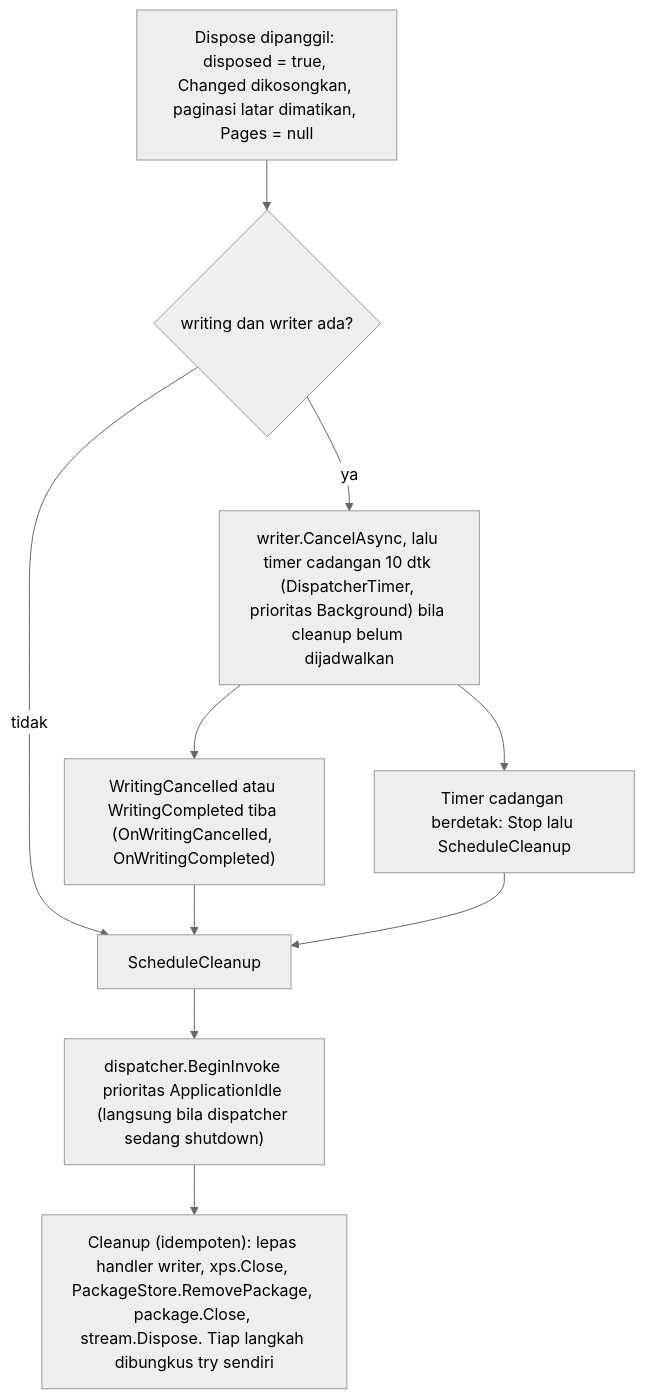
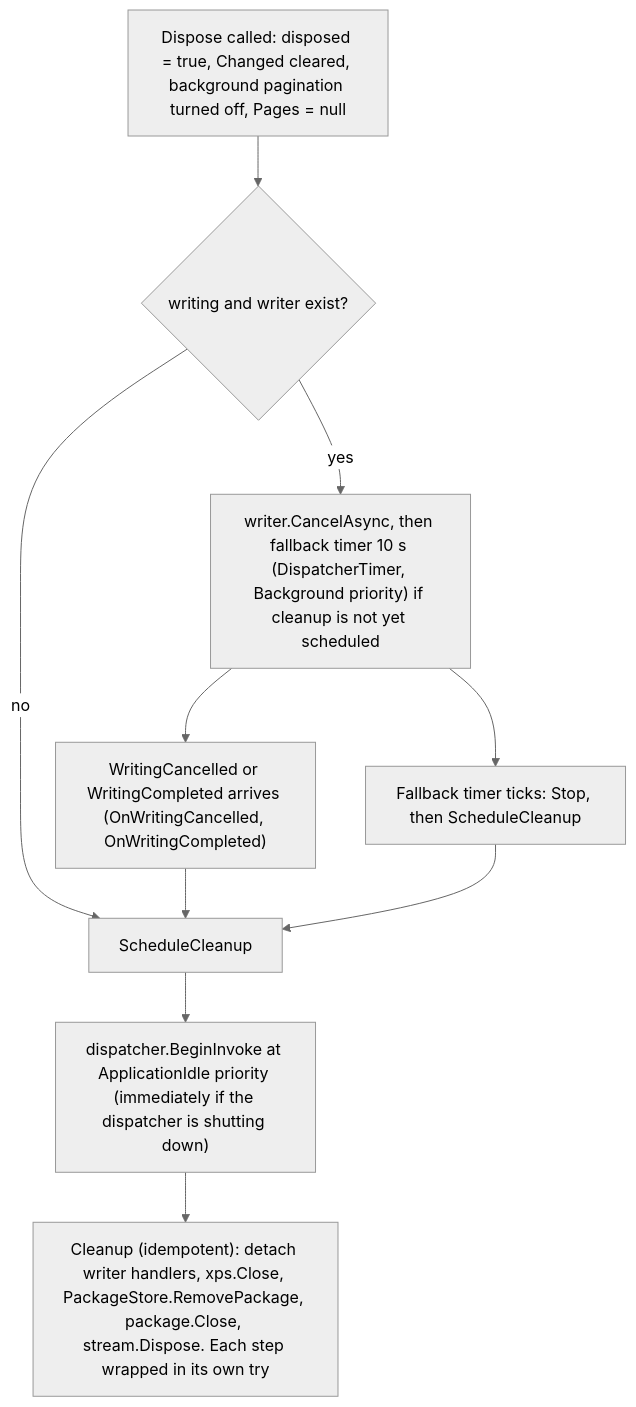
Diagram 11 of 14 in docs/ARCHITECTURE.md (hoaaah/Makdon), drawn with Mermaid (neutral theme) before and after one commit. The commit also changed other lines of this file and 8 other files, not shown here.

````diff
--- a/docs/ARCHITECTURE.md
+++ b/docs/ARCHITECTURE.md
@@ -606,12 +603,12 @@
 ```mermaid
 flowchart TD
-    D["Dispose dipanggil: disposed = true, Changed dikosongkan, paginasi latar dimatikan, Pages = null"] --> Q{"writing dan writer ada?"}
-    Q -- tidak --> SC["ScheduleCleanup"]
-    Q -- ya --> CA["writer.CancelAsync, lalu timer cadangan 10 dtk (DispatcherTimer, prioritas Background) bila cleanup belum dijadwalkan"]
-    CA --> WE["WritingCancelled atau WritingCompleted tiba (OnWritingCancelled, OnWritingCompleted)"]
-    CA --> TM["Timer cadangan berdetak: Stop lalu ScheduleCleanup"]
+    D["Dispose called: disposed = true, Changed cleared, background pagination turned off, Pages = null"] --> Q{"writing and writer exist?"}
+    Q -- no --> SC["ScheduleCleanup"]
+    Q -- yes --> CA["writer.CancelAsync, then fallback timer 10 s (DispatcherTimer, Background priority) if cleanup is not yet scheduled"]
+    CA --> WE["WritingCancelled or WritingCompleted arrives (OnWritingCancelled, OnWritingCompleted)"]
+    CA --> TM["Fallback timer ticks: Stop, then ScheduleCleanup"]
     WE --> SC
     TM --> SC
-    SC --> IDLE["dispatcher.BeginInvoke prioritas ApplicationIdle (langsung bila dispatcher sedang shutdown)"]
-    IDLE --> CU["Cleanup (idempoten): lepas handler writer, xps.Close, PackageStore.RemovePackage, package.Close, stream.Dispose. Tiap langkah dibungkus try sendiri"]
+    SC --> IDLE["dispatcher.BeginInvoke at ApplicationIdle priority (immediately if the dispatcher is shutting down)"]
+    IDLE --> CU["Cleanup (idempotent): detach writer handlers, xps.Close, PackageStore.RemovePackage, package.Close, stream.Dispose. Each step wrapped in its own try"]
 ```
````
